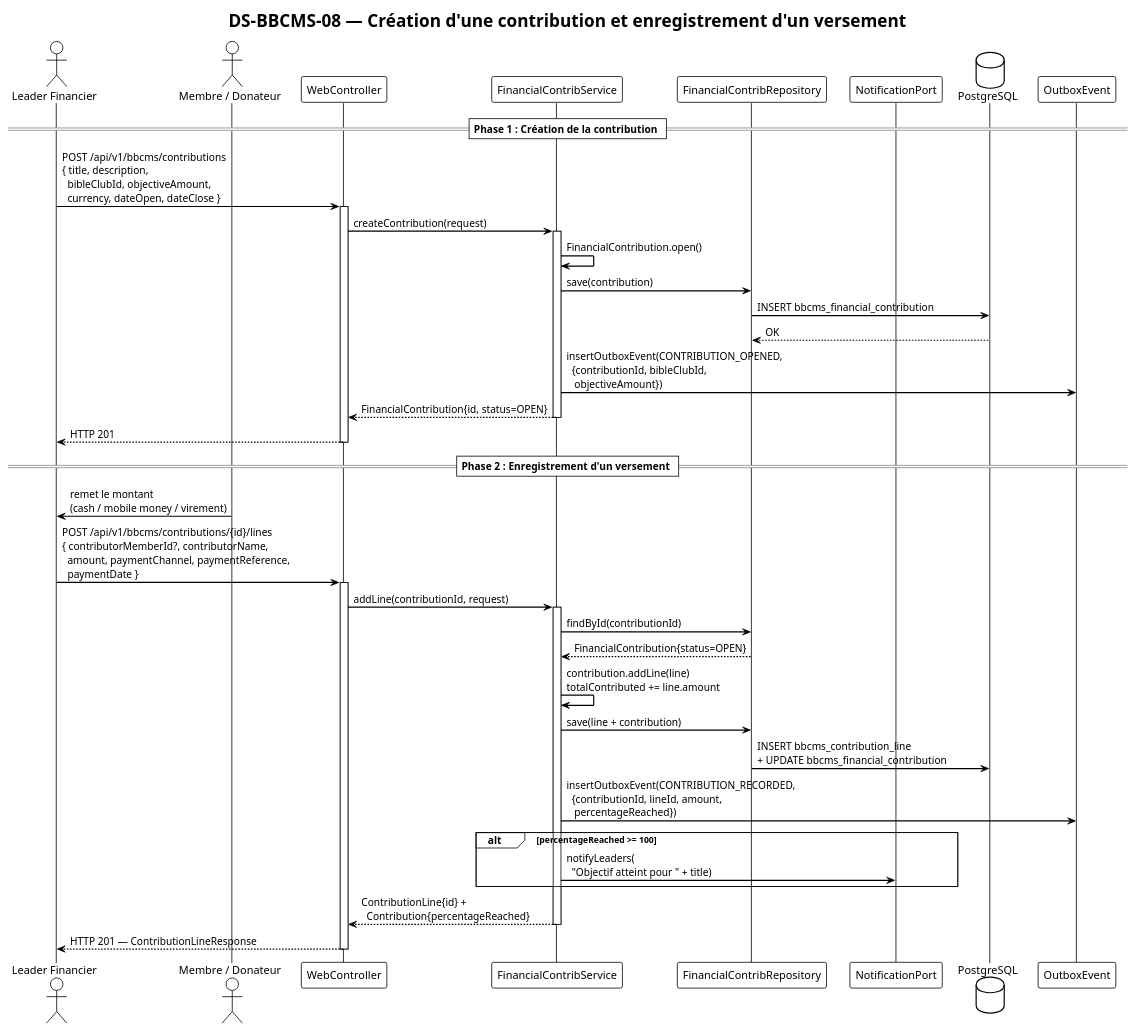
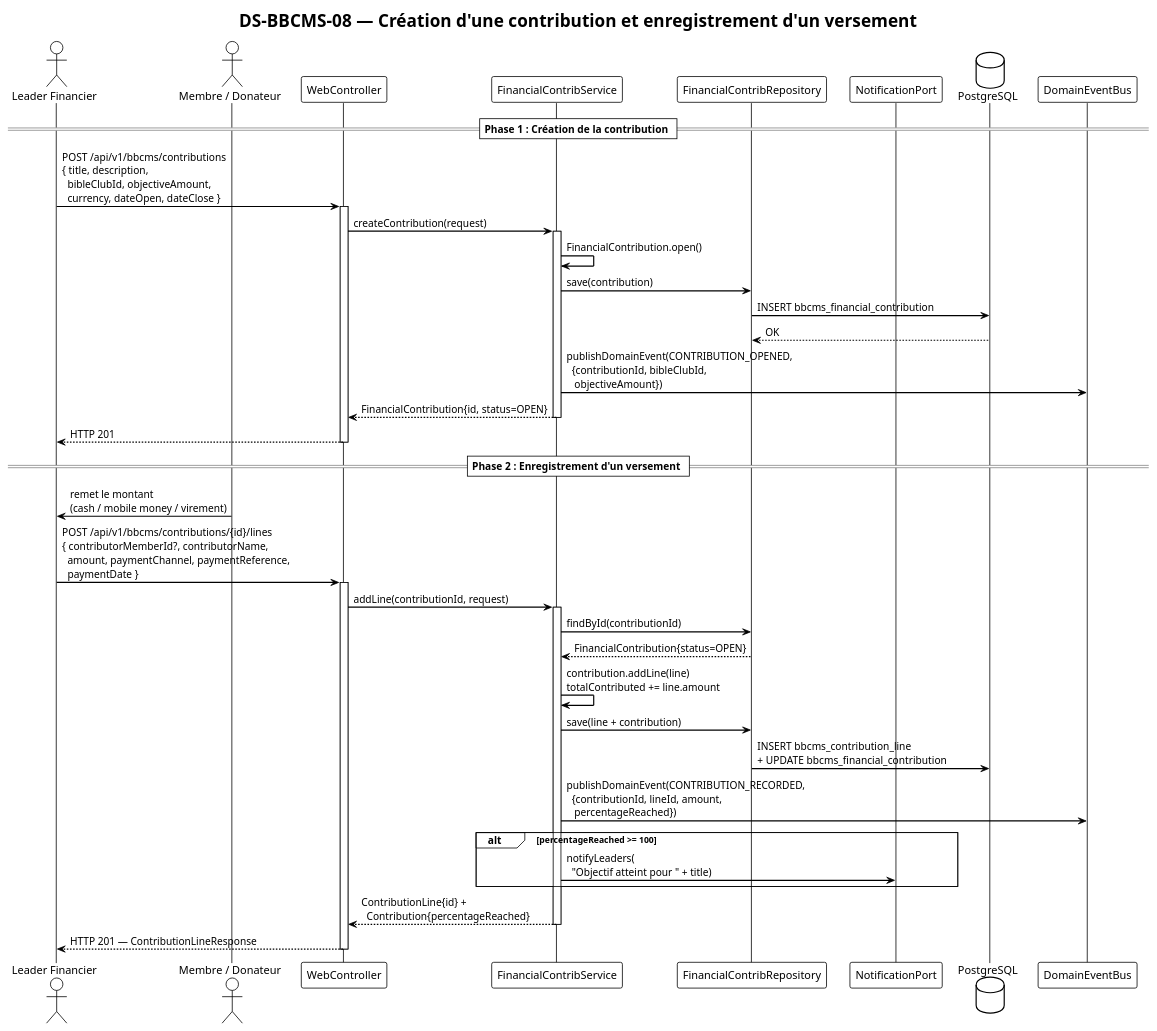
The diagram in bbcms/diagrams/ds-bbcms-08-financial-contribution.puml (TF-Jordan/CairTech), drawn with PlantUML before and after one commit. The commit also changed 34 other files, not shown here.

```diff
--- a/bbcms/diagrams/ds-bbcms-08-financial-contribution.puml
+++ b/bbcms/diagrams/ds-bbcms-08-financial-contribution.puml
@@ -1,64 +1,64 @@
 @startuml ds-bbcms-08-financial-contribution
 !theme plain
 skinparam sequenceArrowThickness 1.5
 
 title DS-BBCMS-08 — Création d'une contribution et enregistrement d'un versement
 
 actor "Leader Financier" as fin
 actor "Membre / Donateur" as donor
 participant "WebController" as ctrl
 participant "FinancialContribService" as svc
 participant "FinancialContribRepository" as repo
 participant "NotificationPort" as notifPort
 database "PostgreSQL" as db
-participant "OutboxEvent" as outbox
+participant "DomainEventBus" as outbox
 
 == Phase 1 : Création de la contribution ==
 
 fin -> ctrl : POST /api/v1/bbcms/contributions\n{ title, description,\n  bibleClubId, objectiveAmount,\n  currency, dateOpen, dateClose }
 activate ctrl
 
 ctrl -> svc : createContribution(request)
 activate svc
 svc -> svc : FinancialContribution.open()
 svc -> repo : save(contribution)
 repo -> db : INSERT bbcms_financial_contribution
 db --> repo : OK
 
-svc -> outbox : insertOutboxEvent(CONTRIBUTION_OPENED,\n  {contributionId, bibleClubId,\n   objectiveAmount})
+svc -> outbox : publishDomainEvent(CONTRIBUTION_OPENED,\n  {contributionId, bibleClubId,\n   objectiveAmount})
 
 svc --> ctrl : FinancialContribution{id, status=OPEN}
 deactivate svc
 ctrl --> fin : HTTP 201
 deactivate ctrl
 
 == Phase 2 : Enregistrement d'un versement ==
 
 donor -> fin : remet le montant\n(cash / mobile money / virement)
 
 fin -> ctrl : POST /api/v1/bbcms/contributions/{id}/lines\n{ contributorMemberId?, contributorName,\n  amount, paymentChannel, paymentReference,\n  paymentDate }
 activate ctrl
 
 ctrl -> svc : addLine(contributionId, request)
 activate svc
 
 svc -> repo : findById(contributionId)
 repo --> svc : FinancialContribution{status=OPEN}
 
 svc -> svc : contribution.addLine(line)\ntotalContributed += line.amount
 
 svc -> repo : save(line + contribution)
 repo -> db : INSERT bbcms_contribution_line\n+ UPDATE bbcms_financial_contribution
 
-svc -> outbox : insertOutboxEvent(CONTRIBUTION_RECORDED,\n  {contributionId, lineId, amount,\n   percentageReached})
+svc -> outbox : publishDomainEvent(CONTRIBUTION_RECORDED,\n  {contributionId, lineId, amount,\n   percentageReached})
 
 alt percentageReached >= 100
     svc -> notifPort : notifyLeaders(\n  "Objectif atteint pour " + title)
 end
 
 svc --> ctrl : ContributionLine{id} +\n  Contribution{percentageReached}
 deactivate svc
 ctrl --> fin : HTTP 201 — ContributionLineResponse
 deactivate ctrl
 
 @enduml
```
